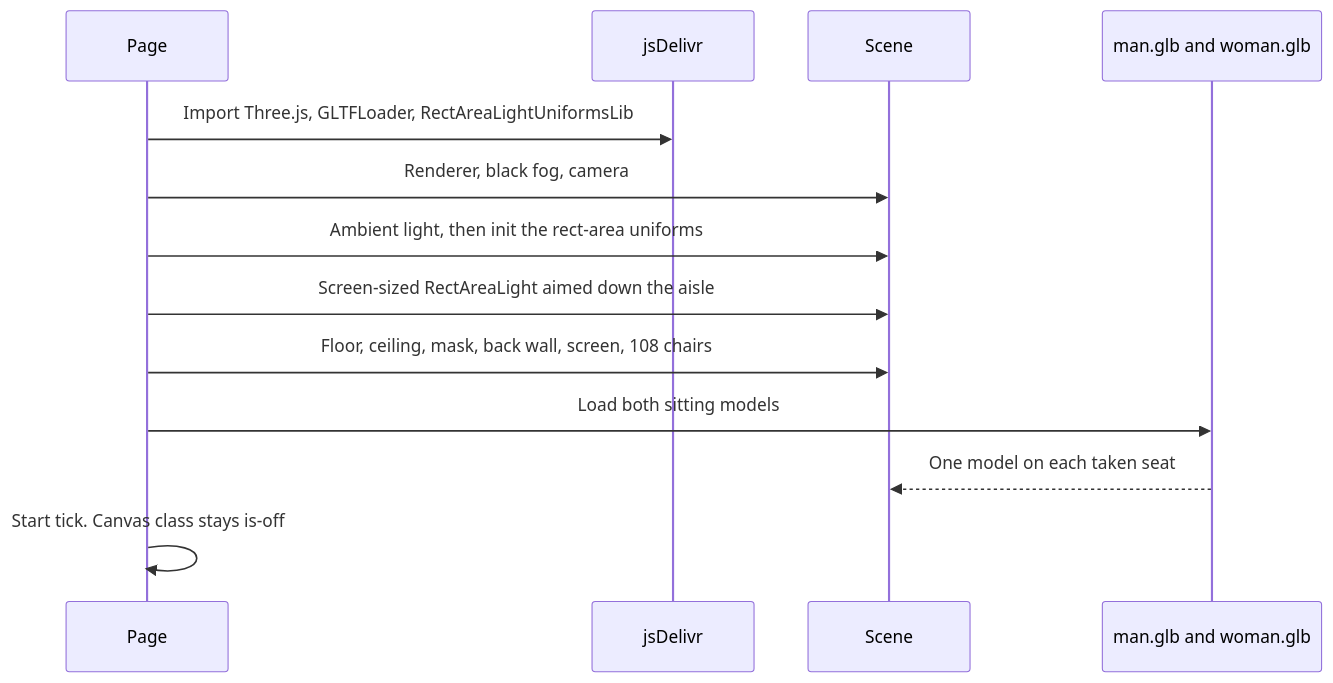
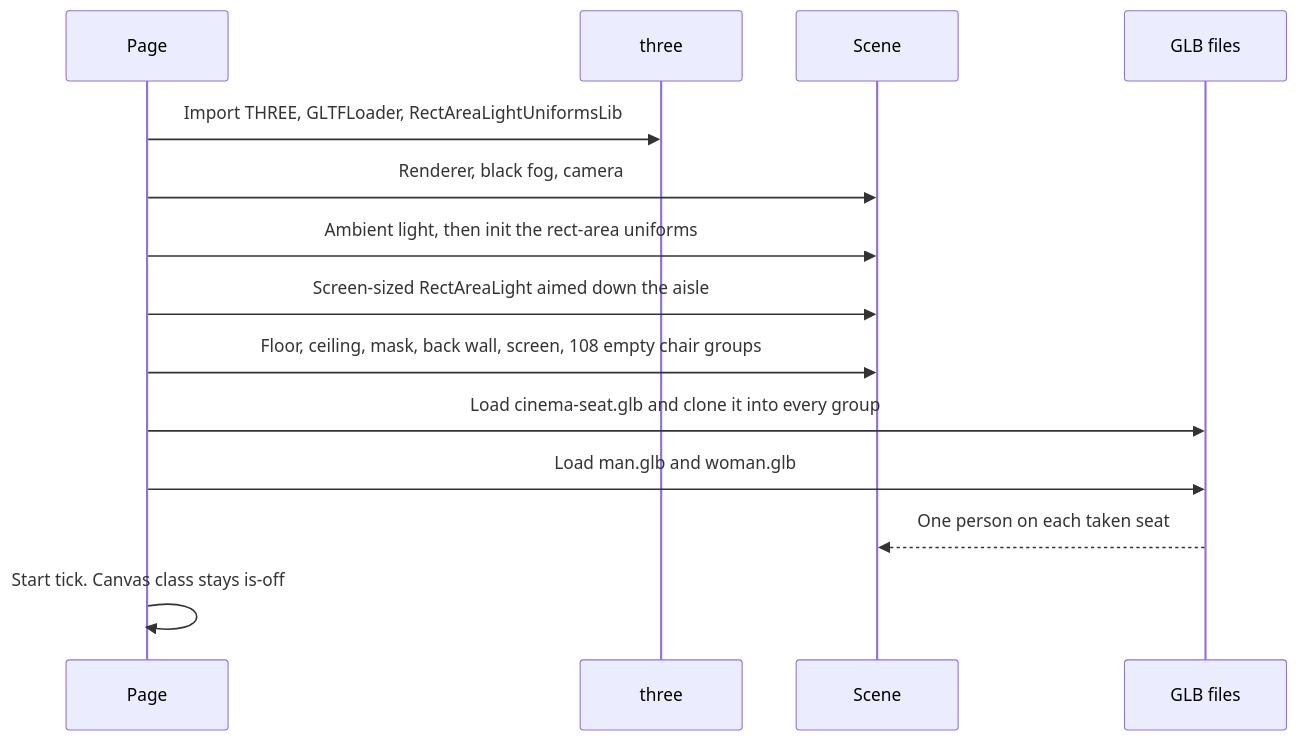
Before and after one commit to nullmicgo/react-seatview: the fourth of 4 diagrams in README.md, drawn with Mermaid. The commit also changed other lines of this file and 6 other files, not shown here.

````diff
--- a/README.md
+++ b/README.md
@@ -154,16 +154,17 @@
 ```mermaid
 sequenceDiagram
   participant Page as Page
-  participant CDN as jsDelivr
+  participant Three as three
   participant Scene as Scene
-  participant Models as man.glb and woman.glb
+  participant Models as GLB files
 
-  Page->>CDN: Import Three.js, GLTFLoader, RectAreaLightUniformsLib
+  Page->>Three: Import THREE, GLTFLoader, RectAreaLightUniformsLib
   Page->>Scene: Renderer, black fog, camera
   Page->>Scene: Ambient light, then init the rect-area uniforms
   Page->>Scene: Screen-sized RectAreaLight aimed down the aisle
-  Page->>Scene: Floor, ceiling, mask, back wall, screen, 108 chairs
-  Page->>Models: Load both sitting models
-  Models-->>Scene: One model on each taken seat
+  Page->>Scene: Floor, ceiling, mask, back wall, screen, 108 empty chair groups
+  Page->>Models: Load cinema-seat.glb and clone it into every group
+  Page->>Models: Load man.glb and woman.glb
+  Models-->>Scene: One person on each taken seat
   Page->>Page: Start tick. Canvas class stays is-off
 ```
````
